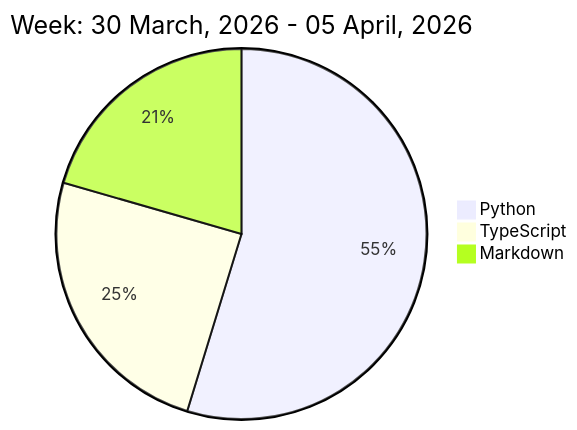
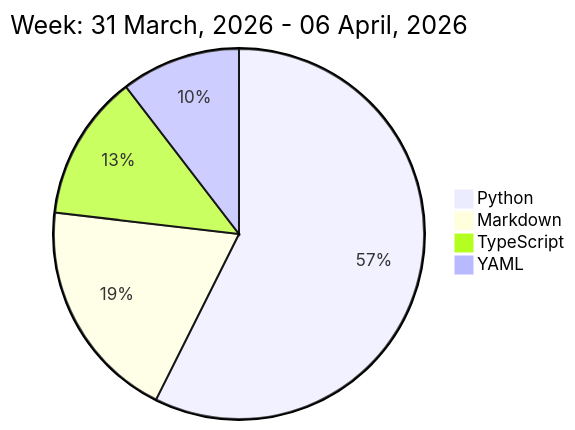
Before and after one commit to liubin95/liubin95: the diagram in README.md, drawn with Mermaid.

Commit message:
Updated the Graph with new Metrics

````diff
--- a/README.md
+++ b/README.md
@@ -32,7 +32,8 @@
 ```mermaid
  pie
-title Week: 30 March, 2026 - 05 April, 2026
- "Python" : 8.85
- "TypeScript" : 4.0
- "Markdown" : 3.32
+title Week: 31 March, 2026 - 06 April, 2026
+ "Python" : 8.7
+ "Markdown" : 2.95
+ "TypeScript" : 1.93
+ "YAML" : 1.58
 ```
````
